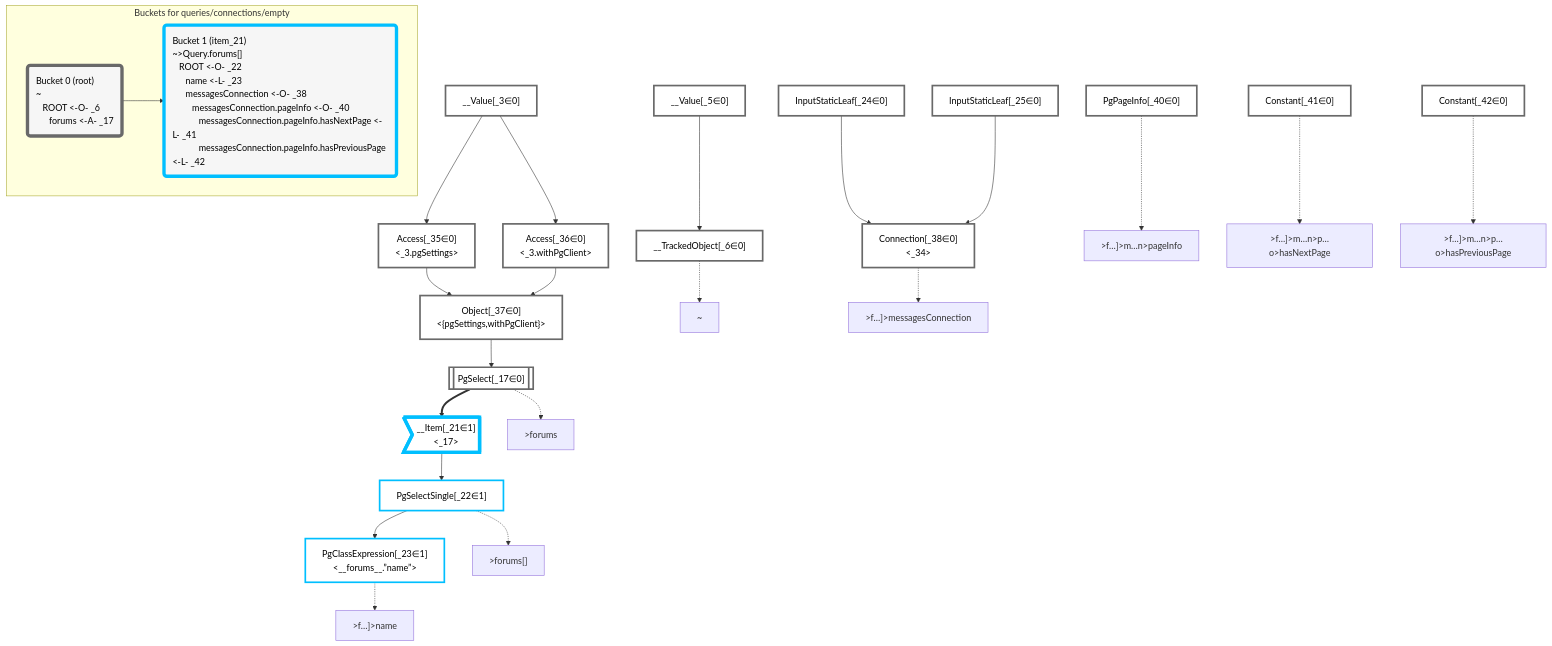
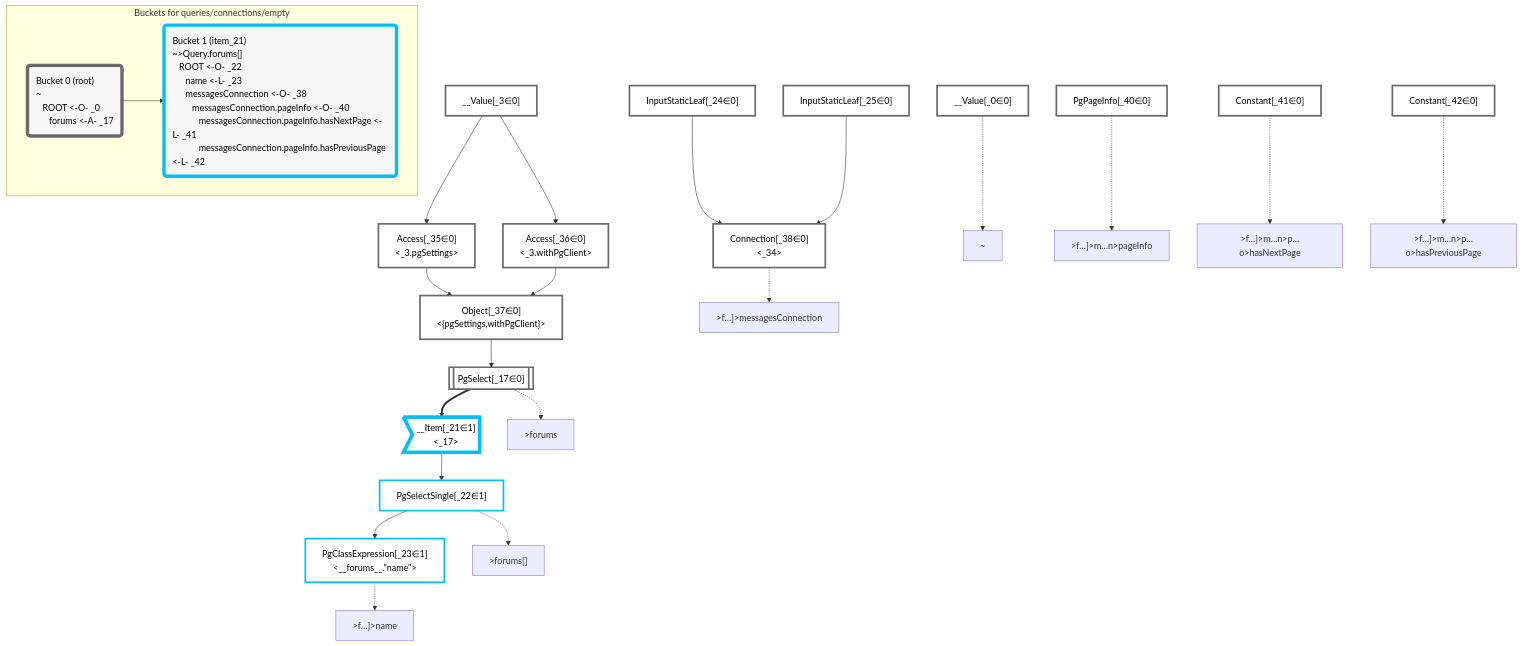
Before and after one commit to graphile/crystal: the diagram in packages/dataplan-pg/__tests__/queries/connections/empty.deopt.mermaid.md, drawn with Mermaid. The commit also changed 193 other files, not shown here.

Commit message:
Update test plan snapshots with new root plan

````diff
--- a/packages/dataplan-pg/__tests__/queries/connections/empty.deopt.mermaid.md
+++ b/packages/dataplan-pg/__tests__/queries/connections/empty.deopt.mermaid.md
@@ -1,72 +1,70 @@
 ```mermaid
 graph TD
     classDef path fill:#eee,stroke:#000,color:#000
     classDef plan fill:#fff,stroke-width:3px,color:#000
     classDef itemplan fill:#fff,stroke-width:6px,color:#000
     classDef sideeffectplan fill:#f00,stroke-width:6px,color:#000
     classDef bucket fill:#f6f6f6,color:#000,stroke-width:6px,text-align:left
 
 
     %% define plans
+    __Value_0["__Value[_0∈0]"]:::plan
     __Value_3["__Value[_3∈0]<br /><context>"]:::plan
-    __Value_5["__Value[_5∈0]<br /><rootValue>"]:::plan
-    __TrackedObject_6["__TrackedObject[_6∈0]"]:::plan
     PgSelect_17[["PgSelect[_17∈0]<br /><forums>"]]:::plan
     __Item_21>"__Item[_21∈1]<br /><_17>"]:::itemplan
     PgSelectSingle_22["PgSelectSingle[_22∈1]<br /><forums>"]:::plan
     PgClassExpression_23["PgClassExpression[_23∈1]<br /><__forums__.”name”>"]:::plan
     InputStaticLeaf_24["InputStaticLeaf[_24∈0]"]:::plan
     InputStaticLeaf_25["InputStaticLeaf[_25∈0]"]:::plan
     Access_35["Access[_35∈0]<br /><_3.pgSettings>"]:::plan
     Access_36["Access[_36∈0]<br /><_3.withPgClient>"]:::plan
     Object_37["Object[_37∈0]<br /><{pgSettings,withPgClient}>"]:::plan
     Connection_38["Connection[_38∈0]<br /><_34>"]:::plan
     PgPageInfo_40["PgPageInfo[_40∈0]"]:::plan
     Constant_41["Constant[_41∈0]"]:::plan
     Constant_42["Constant[_42∈0]"]:::plan
 
     %% plan dependencies
-    __Value_5 --> __TrackedObject_6
     Object_37 --> PgSelect_17
     PgSelect_17 ==> __Item_21
     __Item_21 --> PgSelectSingle_22
     PgSelectSingle_22 --> PgClassExpression_23
     __Value_3 --> Access_35
     __Value_3 --> Access_36
     Access_35 --> Object_37
     Access_36 --> Object_37
     InputStaticLeaf_24 --> Connection_38
     InputStaticLeaf_25 --> Connection_38
 
     %% plan-to-path relationships
-    P_6["~"]
-    __TrackedObject_6 -.-> P_6
+    P_0["~"]
+    __Value_0 -.-> P_0
     P_17[">forums"]
     PgSelect_17 -.-> P_17
     P_22[">forums[]"]
     PgSelectSingle_22 -.-> P_22
     P_23[">f…]>name"]
     PgClassExpression_23 -.-> P_23
     P_38[">f…]>messagesConnection"]
     Connection_38 -.-> P_38
     P_40[">f…]>m…n>pageInfo"]
     PgPageInfo_40 -.-> P_40
     P_41[">f…]>m…n>p…o>hasNextPage"]
     Constant_41 -.-> P_41
     P_42[">f…]>m…n>p…o>hasPreviousPage"]
     Constant_42 -.-> P_42
 
     %% allocate buckets
     classDef bucket0 stroke:#696969
-    class __Value_3,__Value_5,__TrackedObject_6,PgSelect_17,InputStaticLeaf_24,InputStaticLeaf_25,Access_35,Access_36,Object_37,Connection_38,PgPageInfo_40,Constant_41,Constant_42 bucket0
+    class __Value_0,__Value_3,PgSelect_17,InputStaticLeaf_24,InputStaticLeaf_25,Access_35,Access_36,Object_37,Connection_38,PgPageInfo_40,Constant_41,Constant_42 bucket0
     classDef bucket1 stroke:#00bfff
     class __Item_21,PgSelectSingle_22,PgClassExpression_23 bucket1
 
     subgraph "Buckets for queries/connections/empty"
-    Bucket0("Bucket 0 (root)<br />~<br />⠀ROOT <-O- _6<br />⠀⠀forums <-A- _17"):::bucket
+    Bucket0("Bucket 0 (root)<br />~<br />⠀ROOT <-O- _0<br />⠀⠀forums <-A- _17"):::bucket
     style Bucket0 stroke:#696969
     Bucket1("Bucket 1 (item_21)<br />~>Query.forums[]<br />⠀ROOT <-O- _22<br />⠀⠀name <-L- _23<br />⠀⠀messagesConnection <-O- _38<br />⠀⠀⠀messagesConnection.pageInfo <-O- _40<br />⠀⠀⠀⠀messagesConnection.pageInfo.hasNextPage <-L- _41<br />⠀⠀⠀⠀messagesConnection.pageInfo.hasPreviousPage <-L- _42"):::bucket
     style Bucket1 stroke:#00bfff
     Bucket0 --> Bucket1
     end
 ```
````
